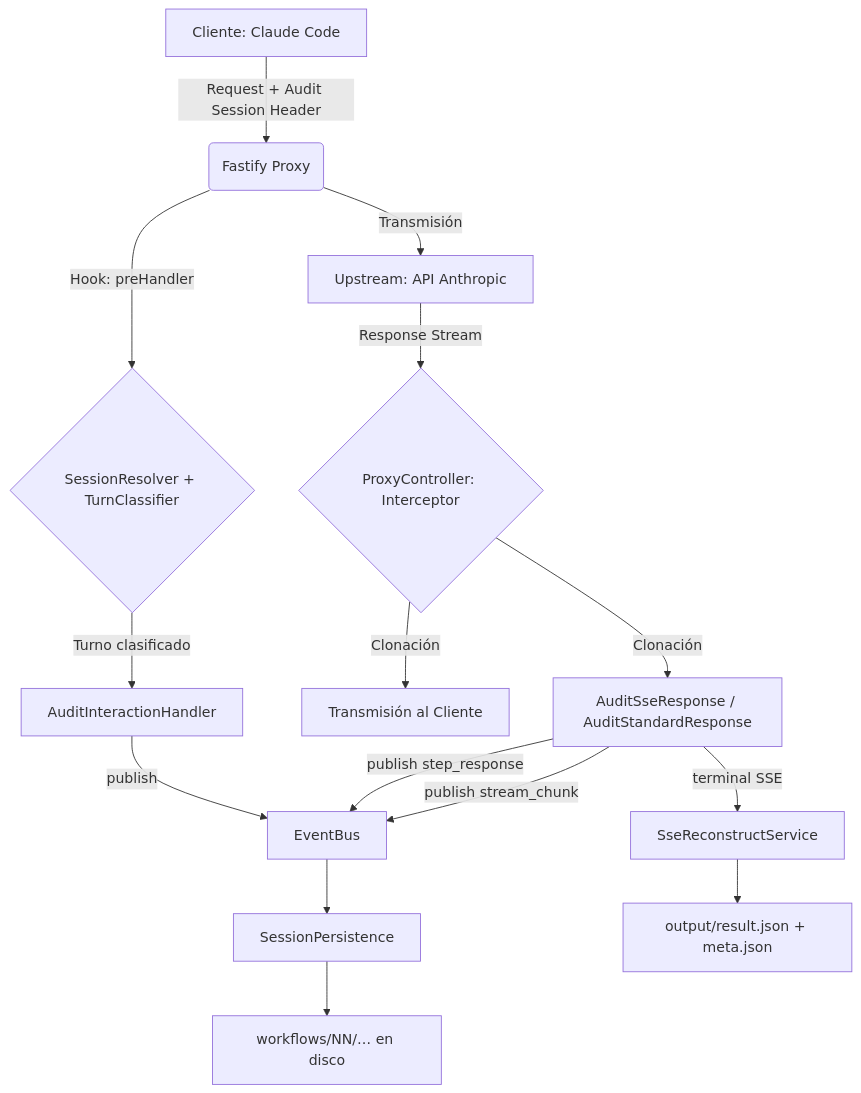
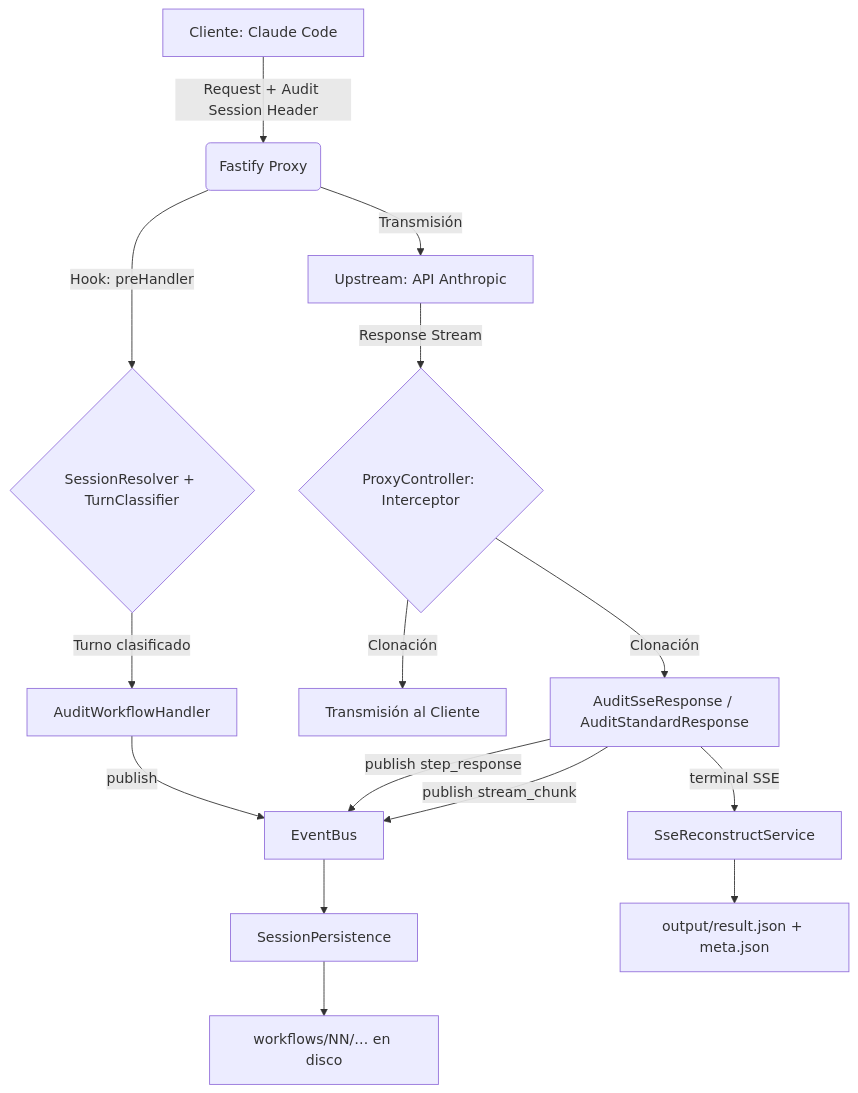
The diagram in README.md (CristianRojas-SoftwareEngineer/EvolutiveX-Agent-Orchestrator), drawn with Mermaid before and after one commit. The commit also changed other lines of this file and 34 other files, not shown here.

First line of the commit message:
refactor(gateway): renombrar Interaction→Workflow en todo el codebase

````diff
--- a/README.md
+++ b/README.md
@@ -48,17 +48,17 @@
 ```mermaid
 graph TD
     A[Cliente: Claude Code] -->|Request + Audit Session Header| B(Fastify Proxy)
     B -->|Hook: preHandler| C{SessionResolver + TurnClassifier}
-    C -->|Turno clasificado| D[AuditInteractionHandler]
+    C -->|Turno clasificado| D[AuditWorkflowHandler]
     D -->|publish| EB[EventBus]
     EB --> SP[SessionPersistence]
     SP --> W["workflows/NN/… en disco"]
     B -->|Transmisión| F[Upstream: API Anthropic]
     F -->|Response Stream| G{ProxyController: Interceptor}
     G -->|Clonación| H[Transmisión al Cliente]
     G -->|Clonación| I[AuditSseResponse / AuditStandardResponse]
     I -->|publish step_response| EB
     I -->|publish stream_chunk| EB
     I -->|terminal SSE| K[SseReconstructService]
     K --> L["output/result.json + meta.json"]
 ```
````
